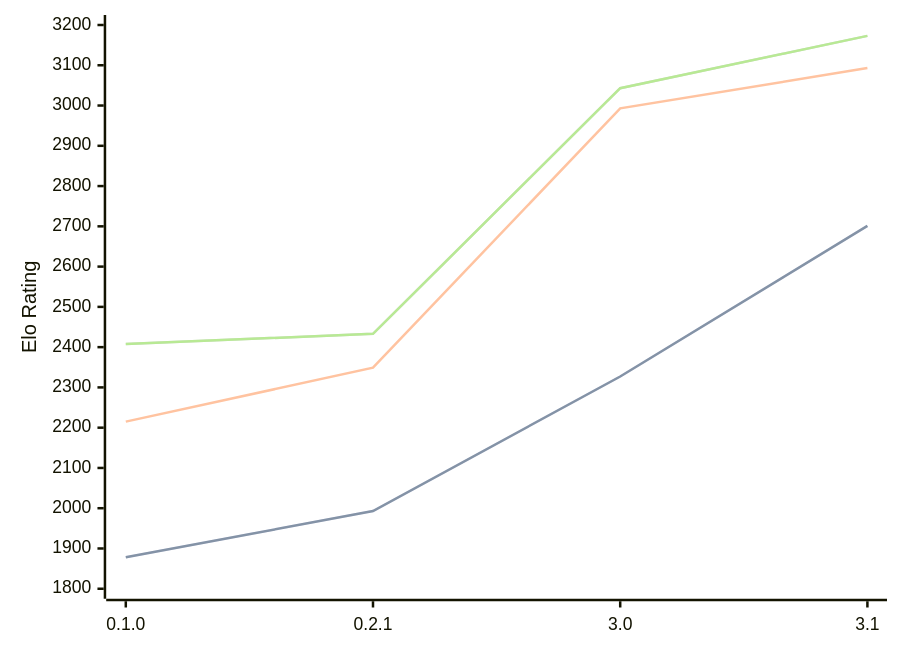
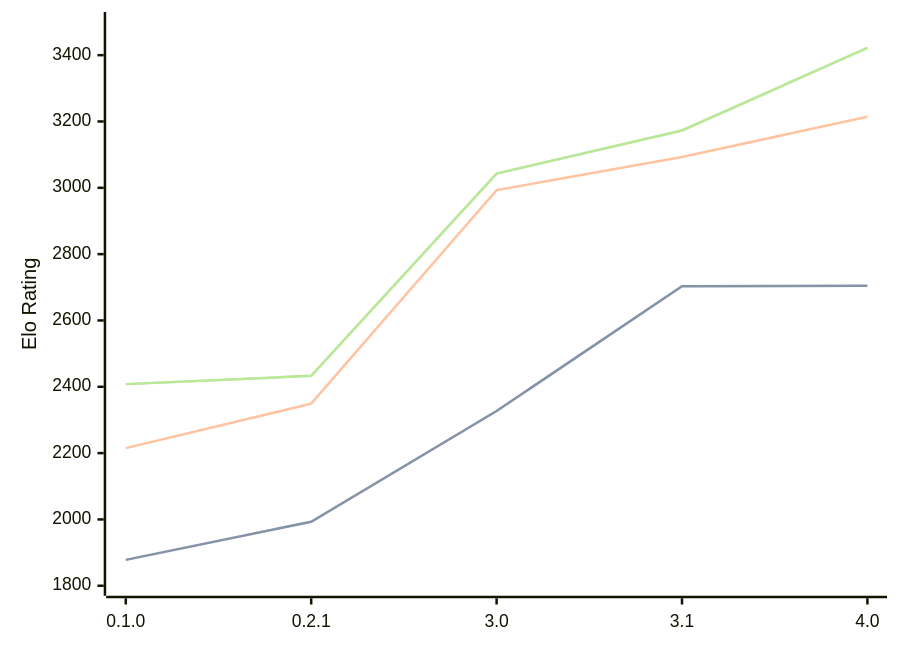
The diagram in engines/Sykora.md (computer-chess-index/cci), drawn with Mermaid before and after one commit. The commit also changed other lines of this file, not shown here.

Commit message:
Update CCI Ratings (ELO VLTC) - 2026-08-05

````diff
--- a/engines/Sykora.md
+++ b/engines/Sykora.md
@@ -36,11 +36,11 @@
 ```mermaid
 %%{init: {"theme":"base","themeVariables":{"seriesColors:['#a3a3a3','#222221','#faa371']}}}%%
 xychart-beta
-  x-axis ["0.1.0", "0.2.1", "3.0", "3.1"]
-  y-axis "Elo Rating" 1800 --> 3200
-  line "STC (8.0+0.08s)" [1878, 1993, 2327, 2701]
-  line "STC (8.0+0.08s)" [1878, 1993, 2327, 2701]
-  line "LTC (60.0+0.60s)" [2215, 2349, 2993, 3093]
-  line "VLTC (2m24s+1.12s)" [2408, 2433, 3043, 3173]
-  line "VLTC (2m24s+1.12s)" [2408, 2433, 3043, 3173]
+  x-axis ["0.1.0", "0.2.1", "3.0", "3.1", "4.0"]
+  y-axis "Elo Rating" 1800 --> 3500
+  line "STC (8.0+0.08s)" [1878, 1993, 2327, 2703, 2705]
+  line "STC (8.0+0.08s)" [1878, 1993, 2327, 2703, 2705]
+  line "LTC (60.0+0.60s)" [2215, 2349, 2993, 3093, 3214]
+  line "VLTC (2m24s+1.12s)" [2408, 2433, 3043, 3173, 3422]
+  line "VLTC (2m24s+1.12s)" [2408, 2433, 3043, 3173, 3422]
 ```
````
